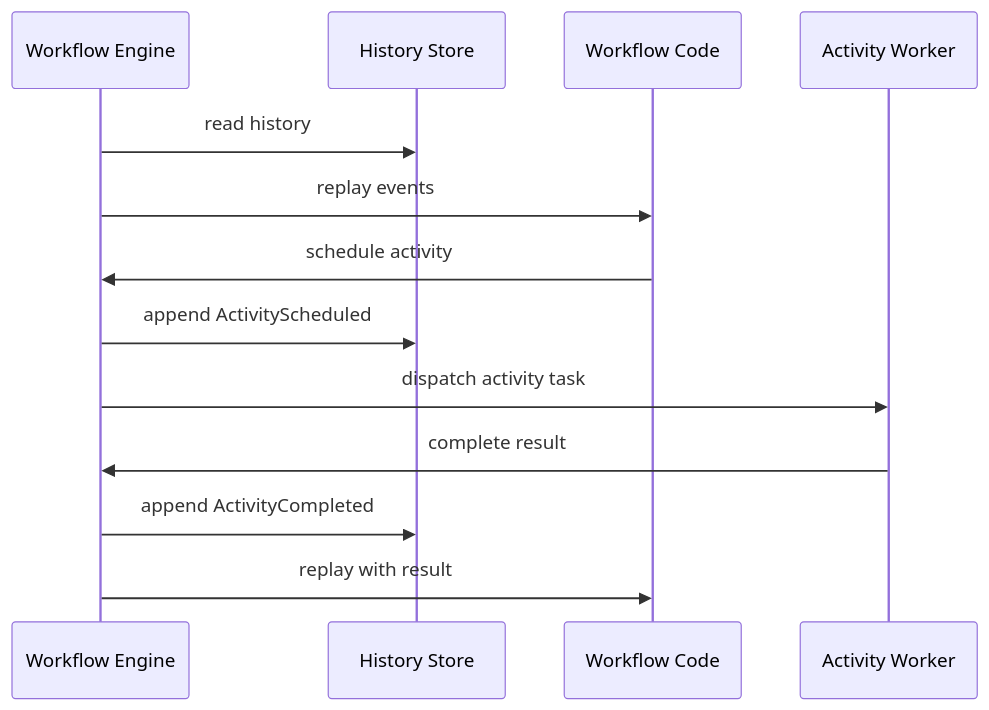
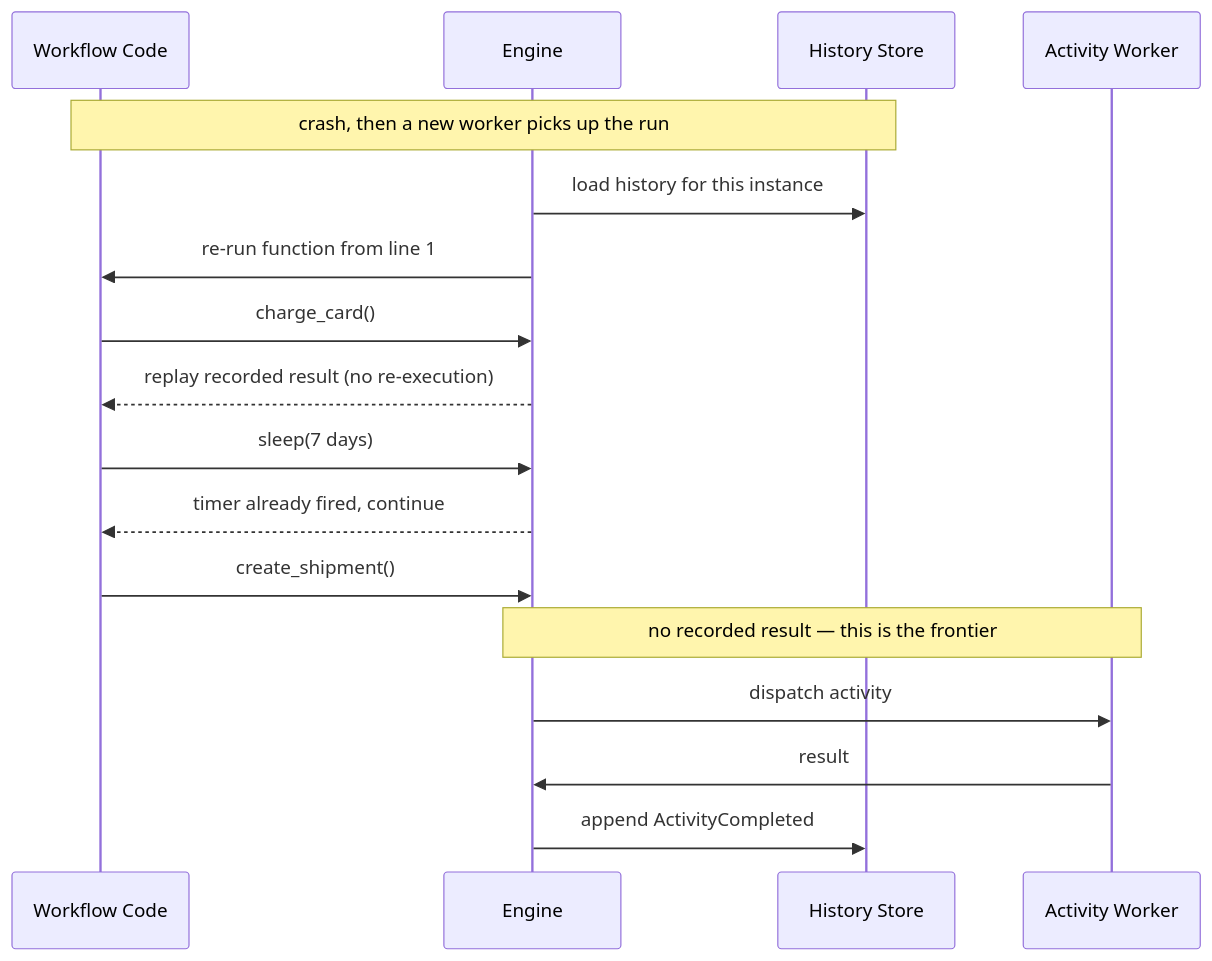
One commit to binarydevelop/system-design-patterns changed the diagram in 18-workflow-job-systems/04-durable-execution-workflow-engines.md. Above: the diagram before and after it, drawn with Mermaid. The commit also changed other lines of this file and 8 other files, not shown here.

````diff
--- a/18-workflow-job-systems/04-durable-execution-workflow-engines.md
+++ b/18-workflow-job-systems/04-durable-execution-workflow-engines.md
@@ -9,16 +25,20 @@
 ```mermaid
 sequenceDiagram
-    participant E as Workflow Engine
+    participant W as Workflow Code
+    participant E as Engine
     participant H as History Store
-    participant W as Workflow Code
     participant A as Activity Worker
 
-    E->>H: read history
-    E->>W: replay events
-    W->>E: schedule activity
-    E->>H: append ActivityScheduled
-    E->>A: dispatch activity task
-    A->>E: complete result
+    Note over W,H: crash, then a new worker picks up the run
+    E->>H: load history for this instance
+    E->>W: re-run function from line 1
+    W->>E: charge_card()
+    E-->>W: replay recorded result (no re-execution)
+    W->>E: sleep(7 days)
+    E-->>W: timer already fired, continue
+    W->>E: create_shipment()
+    Note over E,A: no recorded result — this is the frontier
+    E->>A: dispatch activity
+    A->>E: result
     E->>H: append ActivityCompleted
-    E->>W: replay with result
 ```
````
